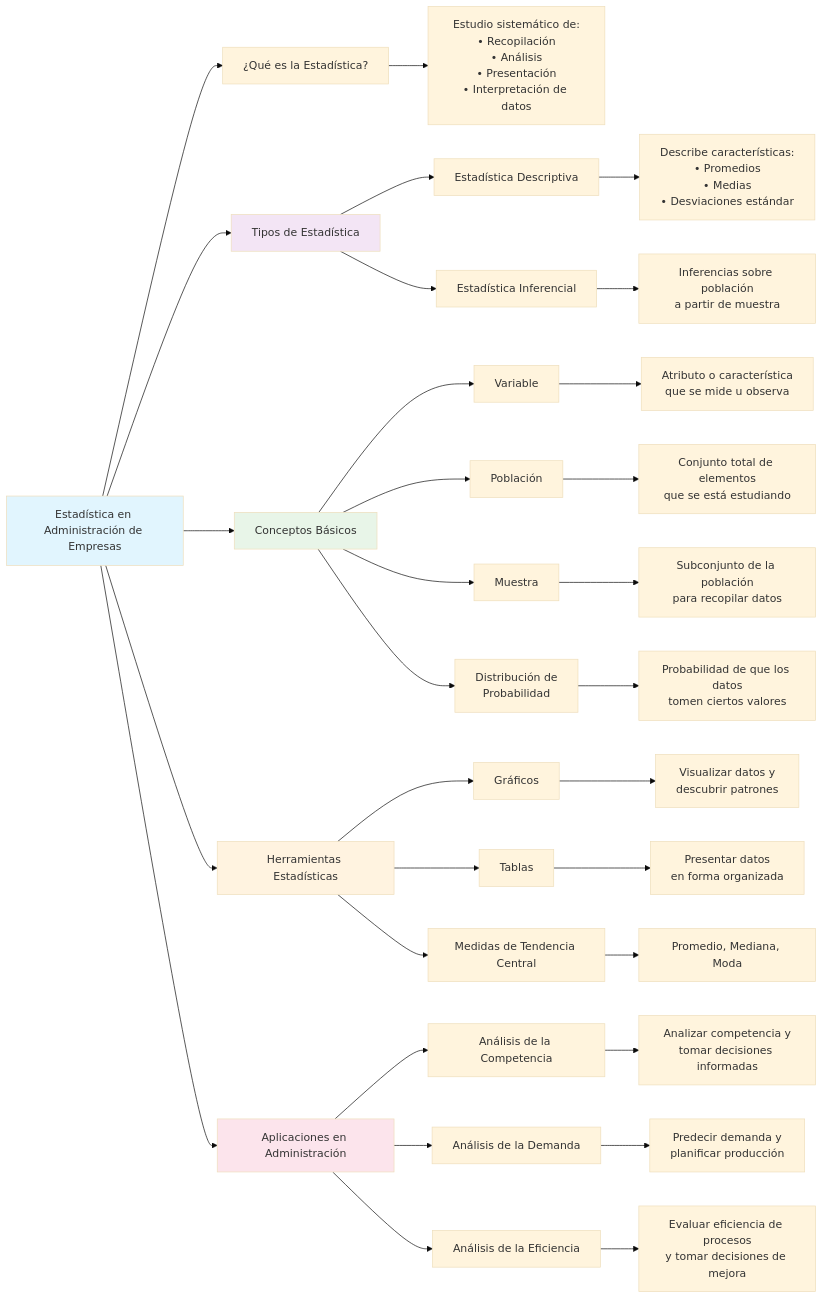
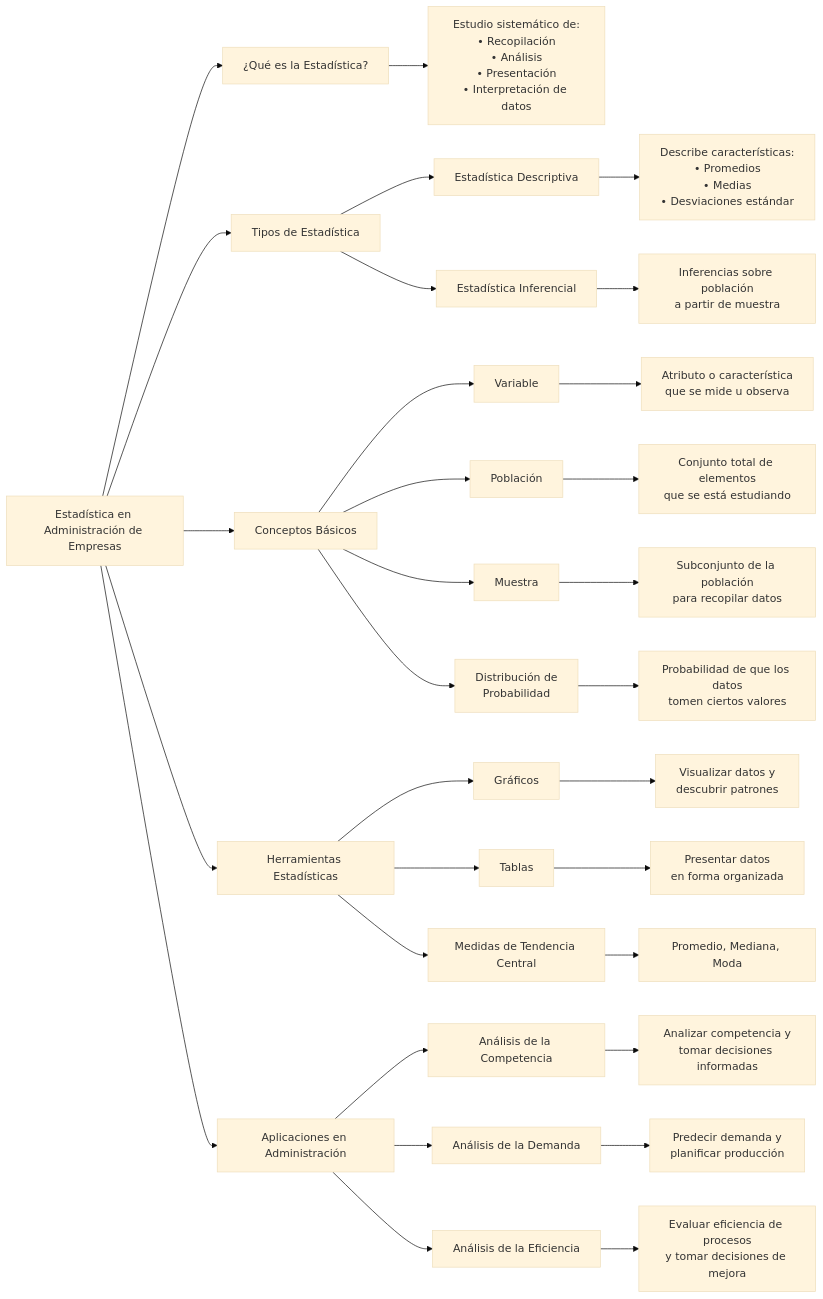
The diagram in Diagrama_capitulo_1.mmd (arnoldae9/Ashley), drawn with Mermaid (base theme) before and after one commit. The commit also changed 1 other file, not shown here.

Commit message:
changes diagrama

```diff
--- a/Diagrama_capitulo_1.mmd
+++ b/Diagrama_capitulo_1.mmd
@@ -1,45 +1,39 @@
 flowchart LR
     A[Estadística en Administración de Empresas] --> B[¿Qué es la Estadística?]
     B --> C[Estudio sistemático de:<br/>• Recopilación<br/>• Análisis<br/>• Presentación<br/>• Interpretación de datos]
     
     A --> D[Tipos de Estadística]
     D --> E[Estadística Descriptiva]
     D --> F[Estadística Inferencial]
     
     E --> G[Describe características:<br/>• Promedios<br/>• Medias<br/>• Desviaciones estándar]
     F --> H[Inferencias sobre población<br/>a partir de muestra]
     
     A --> I[Conceptos Básicos]
     I --> J[Variable]
     I --> K[Población]
     I --> L[Muestra]
     I --> M[Distribución de<br/>Probabilidad]
     
     J --> J1[Atributo o característica<br/>que se mide u observa]
     K --> K1[Conjunto total de elementos<br/>que se está estudiando]
     L --> L1[Subconjunto de la población<br/>para recopilar datos]
     M --> M1[Probabilidad de que los datos<br/>tomen ciertos valores]
     
     A --> N[Herramientas Estadísticas]
     N --> O[Gráficos]
     N --> P[Tablas]
     N --> Q[Medidas de Tendencia Central]
     
     O --> O1[Visualizar datos y<br/>descubrir patrones]
     P --> P1[Presentar datos<br/>en forma organizada]
     Q --> Q1[Promedio, Mediana, Moda]
     
     A --> R[Aplicaciones en Administración]
     R --> S[Análisis de la Competencia]
     R --> T[Análisis de la Demanda]
     R --> U[Análisis de la Eficiencia]
     
     S --> S1[Analizar competencia y<br/>tomar decisiones informadas]
     T --> T1[Predecir demanda y<br/>planificar producción]
     U --> U1[Evaluar eficiencia de procesos<br/>y tomar decisiones de mejora]
-    
-    style A fill:#e1f5fe
-    style D fill:#f3e5f5
-    style I fill:#e8f5e8
-    style N fill:#fff3e0
-    style R fill:#fce4ec
```
